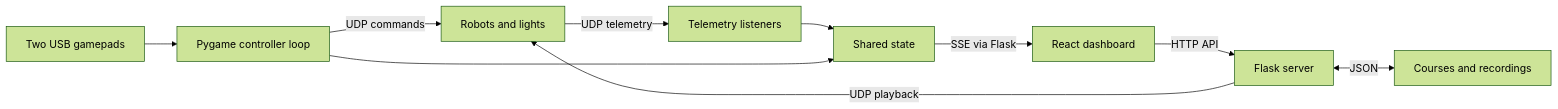
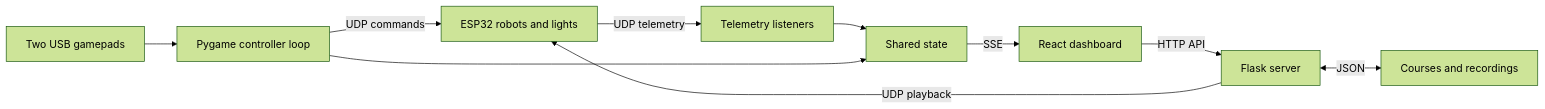
One commit to antoniesuciu/E-Waste-E-Motion changed the diagram in README.md. Above: the diagram before and after it, drawn with Mermaid (forest theme). The commit also changed other lines of this file and 1 other file, not shown here.

````diff
--- a/README.md
+++ b/README.md
@@ -26,12 +26,12 @@
 ```mermaid
 flowchart LR
     Gamepads[Two USB gamepads] --> Controller[Pygame controller loop]
     Browser[React dashboard] -->|HTTP API| Server[Flask server]
-    Controller -->|UDP commands| Devices[Robots and lights]
-    Server -->|UDP playback| Devices
-    Devices -->|UDP telemetry| Telemetry[Telemetry listeners]
+    Controller -->|UDP commands| Robots[ESP32 robots and lights]
+    Server -->|UDP playback| Robots
+    Robots -->|UDP telemetry| Telemetry[Telemetry listeners]
     Telemetry --> State[Shared state]
     Controller --> State
-    State -->|SSE via Flask| Browser
+    State -->|SSE| Browser
     Server <-->|JSON| Storage[Courses and recordings]
 ```
````
